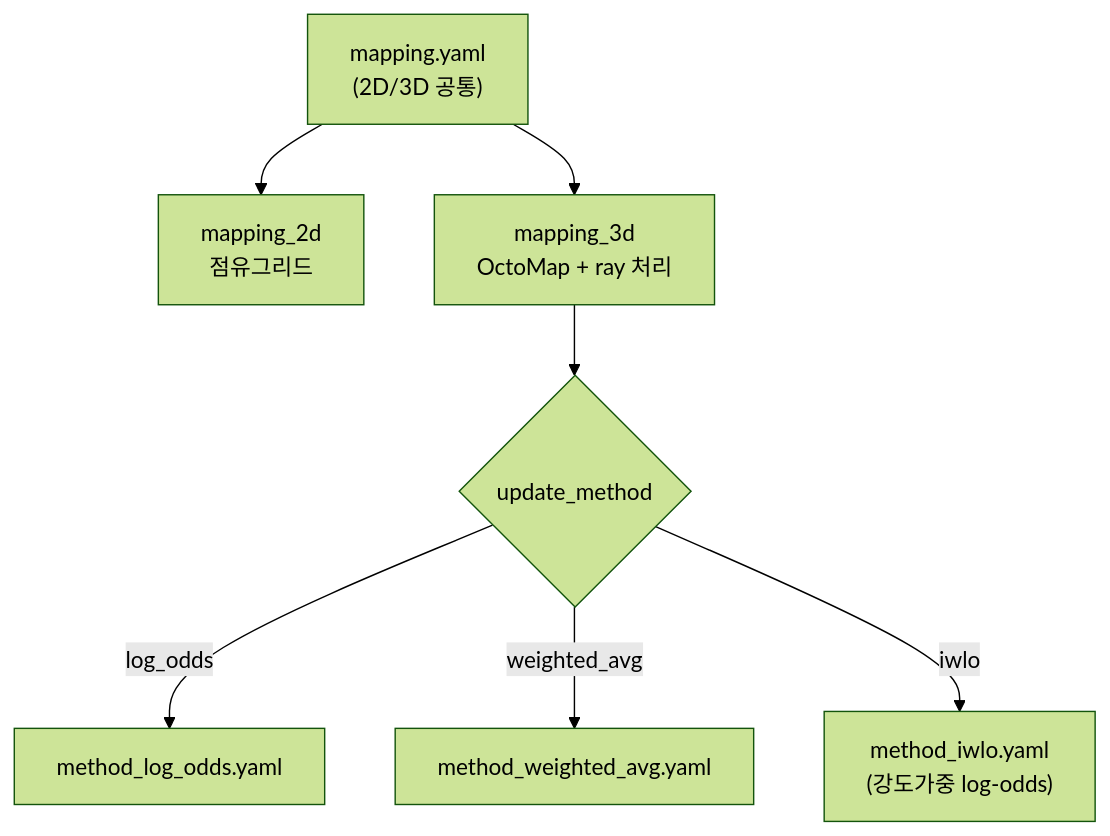
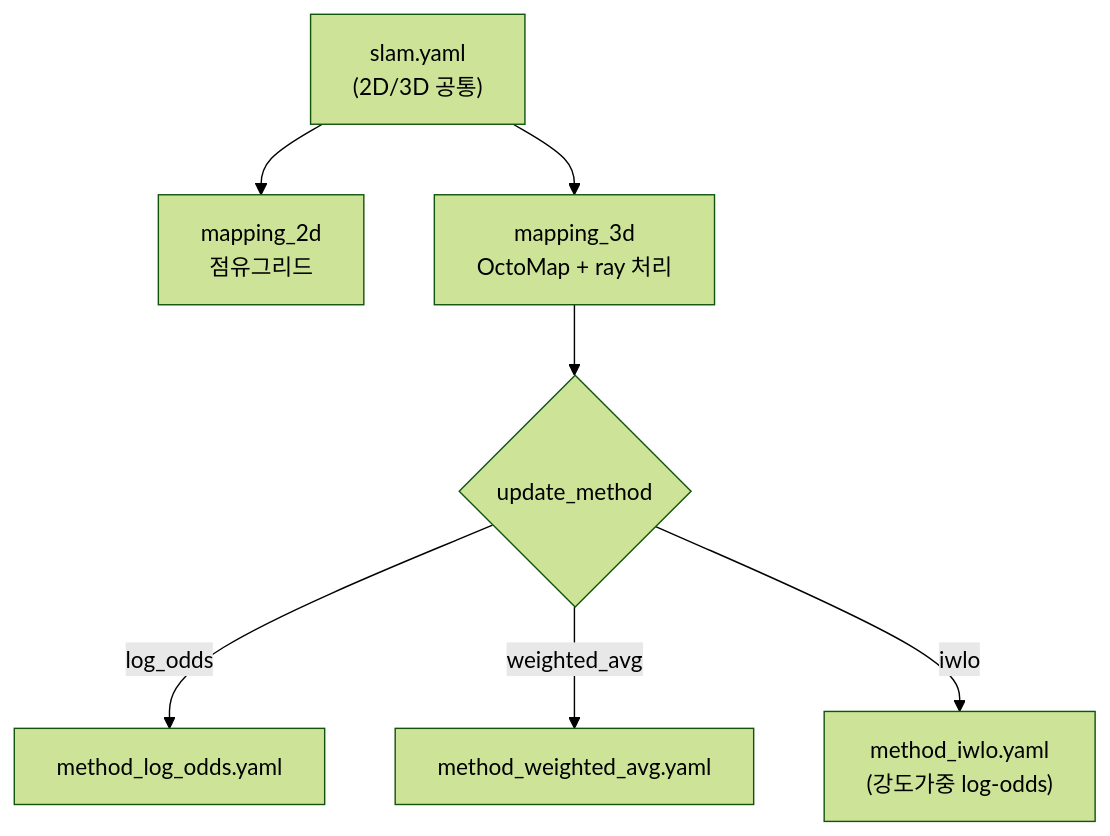
One commit to HERO-Lab-POSTECH/stonefish_slam changed the diagram in docs/site/docs/parameters/mapping.md. Above: the diagram before and after it, drawn with Mermaid (forest theme). The commit also changed other lines of this file and 12 other files, not shown here.

````diff
--- a/docs/site/docs/parameters/mapping.md
+++ b/docs/site/docs/parameters/mapping.md
@@ -9,9 +9,9 @@
 ```mermaid
 flowchart TD
-    A["mapping.yaml<br/>(2D/3D 공통)"] --> B["mapping_2d<br/>점유그리드"]
+    A["slam.yaml<br/>(2D/3D 공통)"] --> B["mapping_2d<br/>점유그리드"]
     A --> C["mapping_3d<br/>OctoMap + ray 처리"]
     C --> D{"update_method"}
     D -->|log_odds| E["method_log_odds.yaml"]
     D -->|weighted_avg| F["method_weighted_avg.yaml"]
     D -->|iwlo| G["method_iwlo.yaml<br/>(강도가중 log-odds)"]
 ```
````
